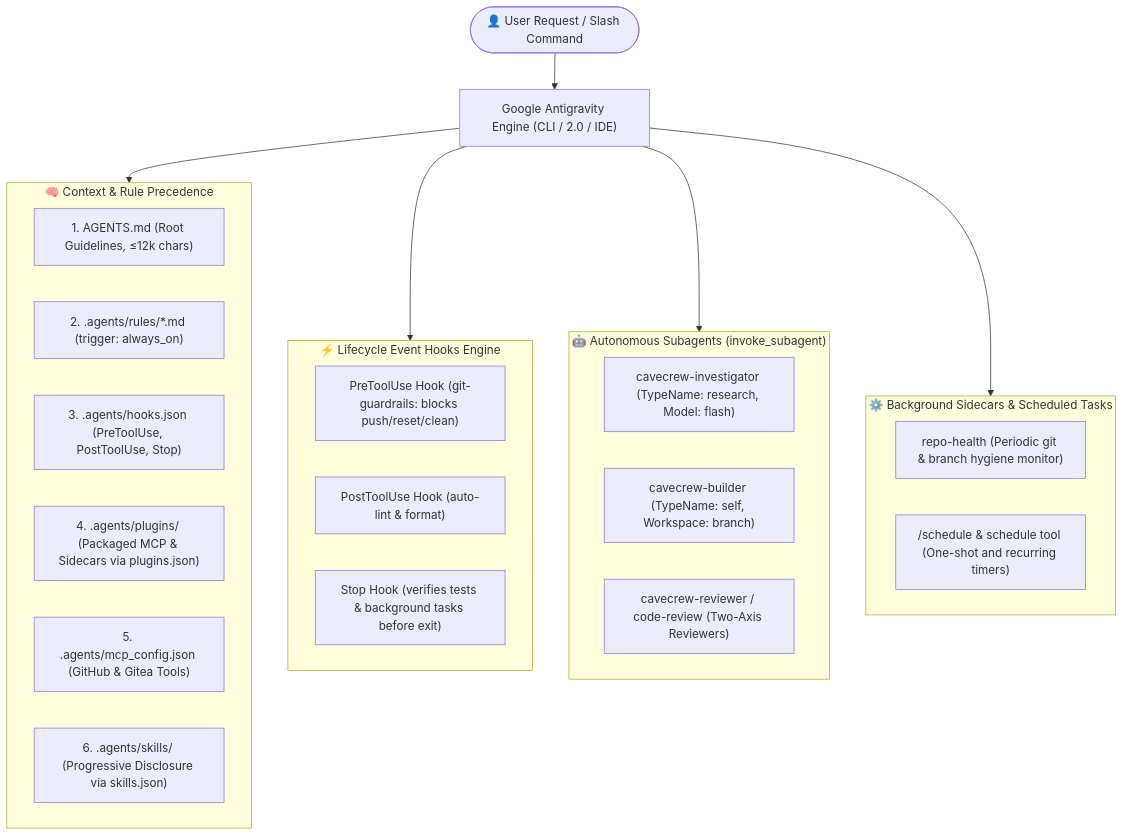
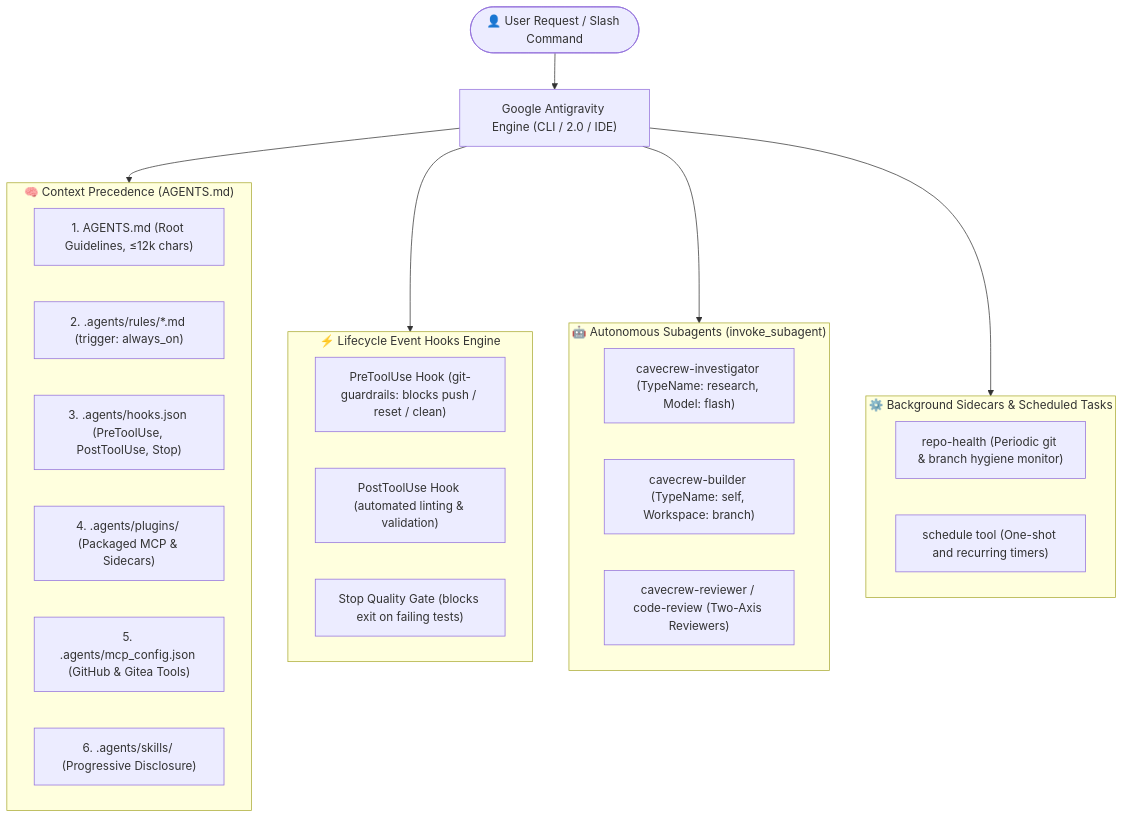
Before and after one commit to rafaelghif/antigravity-agents: the diagram in README.md, drawn with Mermaid. The commit also changed other lines of this file and 1 other file, not shown here.

````diff
--- a/README.md
+++ b/README.md
@@ -62,38 +87,38 @@
 ```mermaid
 flowchart TD
     User(["👤 User Request / Slash Command"]) --> Antigravity["Google Antigravity Engine (CLI / 2.0 / IDE)"]
 
-    subgraph Context ["🧠 Context & Rule Precedence"]
+    subgraph ContextHierarchy ["🧠 Context Precedence (AGENTS.md)"]
         AGENTS["1. AGENTS.md (Root Guidelines, ≤12k chars)"]
         Rules["2. .agents/rules/*.md (trigger: always_on)"]
         Hooks["3. .agents/hooks.json (PreToolUse, PostToolUse, Stop)"]
-        Plugins["4. .agents/plugins/ (Packaged MCP & Sidecars via plugins.json)"]
+        Plugins["4. .agents/plugins/ (Packaged MCP & Sidecars)"]
         MCP["5. .agents/mcp_config.json (GitHub & Gitea Tools)"]
-        Skills["6. .agents/skills/ (Progressive Disclosure via skills.json)"]
+        Skills["6. .agents/skills/ (Progressive Disclosure)"]
     end
 
-    Antigravity --> Context
+    Antigravity --> ContextHierarchy
 
-    subgraph HooksEngine ["⚡ Lifecycle Event Hooks Engine"]
-        PreTool["PreToolUse Hook (git-guardrails: blocks push/reset/clean)"]
-        PostTool["PostToolUse Hook (auto-lint & format)"]
-        StopHook["Stop Hook (verifies tests & background tasks before exit)"]
+    subgraph LifecycleEngine ["⚡ Lifecycle Event Hooks Engine"]
+        PreTool["PreToolUse Hook (git-guardrails: blocks push / reset / clean)"]
+        PostTool["PostToolUse Hook (automated linting & validation)"]
+        StopHook["Stop Quality Gate (blocks exit on failing tests)"]
     end
 
-    Antigravity --> HooksEngine
+    Antigravity --> LifecycleEngine
 
-    subgraph SubagentsEngine ["🤖 Autonomous Subagents (invoke_subagent)"]
+    subgraph SubagentsGraph ["🤖 Autonomous Subagents (invoke_subagent)"]
         Investigator["cavecrew-investigator (TypeName: research, Model: flash)"]
         Builder["cavecrew-builder (TypeName: self, Workspace: branch)"]
         Reviewer["cavecrew-reviewer / code-review (Two-Axis Reviewers)"]
     end
 
-    Antigravity --> SubagentsEngine
+    Antigravity --> SubagentsGraph
 
     subgraph SidecarsEngine ["⚙️ Background Sidecars & Scheduled Tasks"]
         Sidecars["repo-health (Periodic git & branch hygiene monitor)"]
-        CronSchedule["/schedule & schedule tool (One-shot and recurring timers)"]
+        CronSchedule["schedule tool (One-shot and recurring timers)"]
     end
 
     Antigravity --> SidecarsEngine
 ```
````
